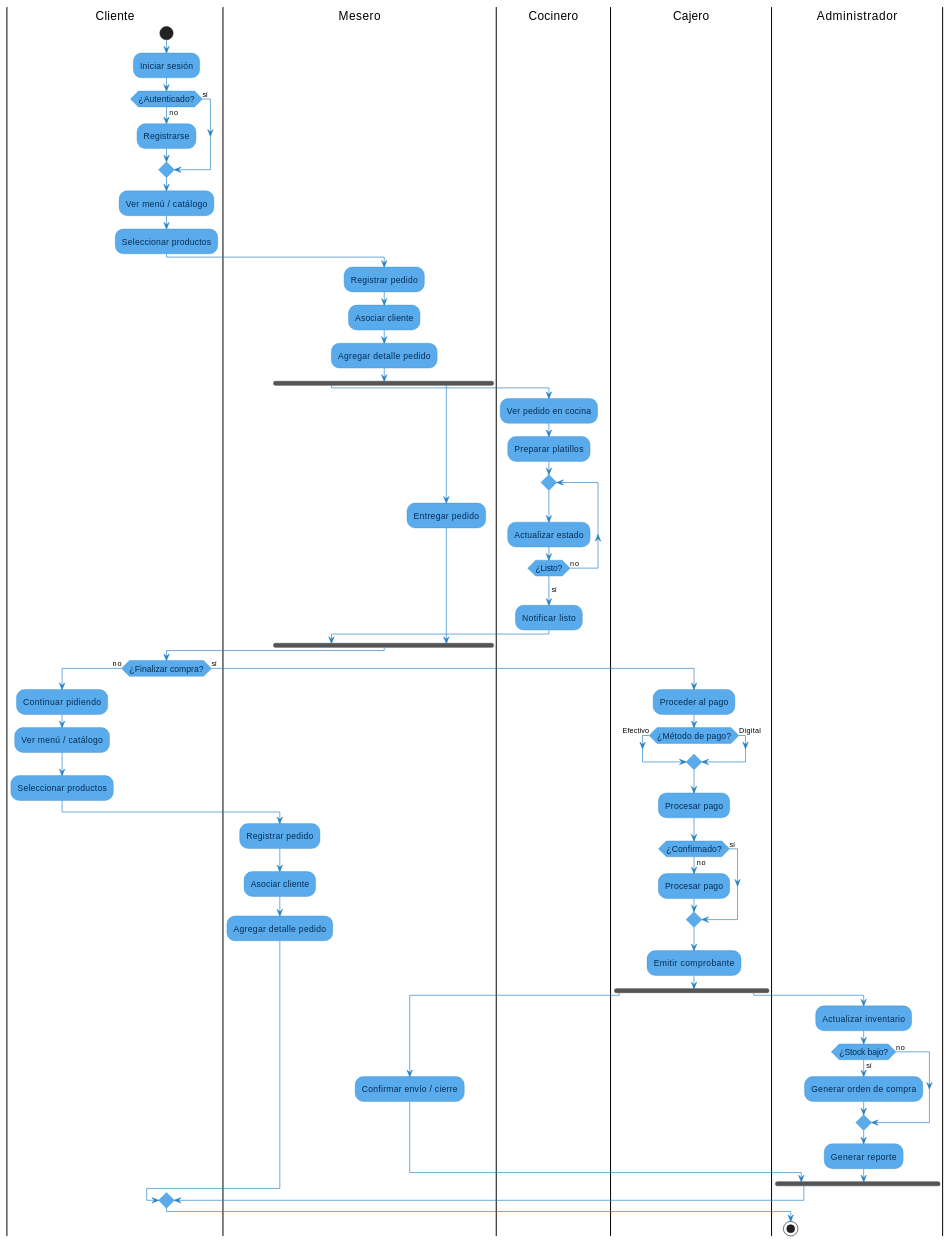
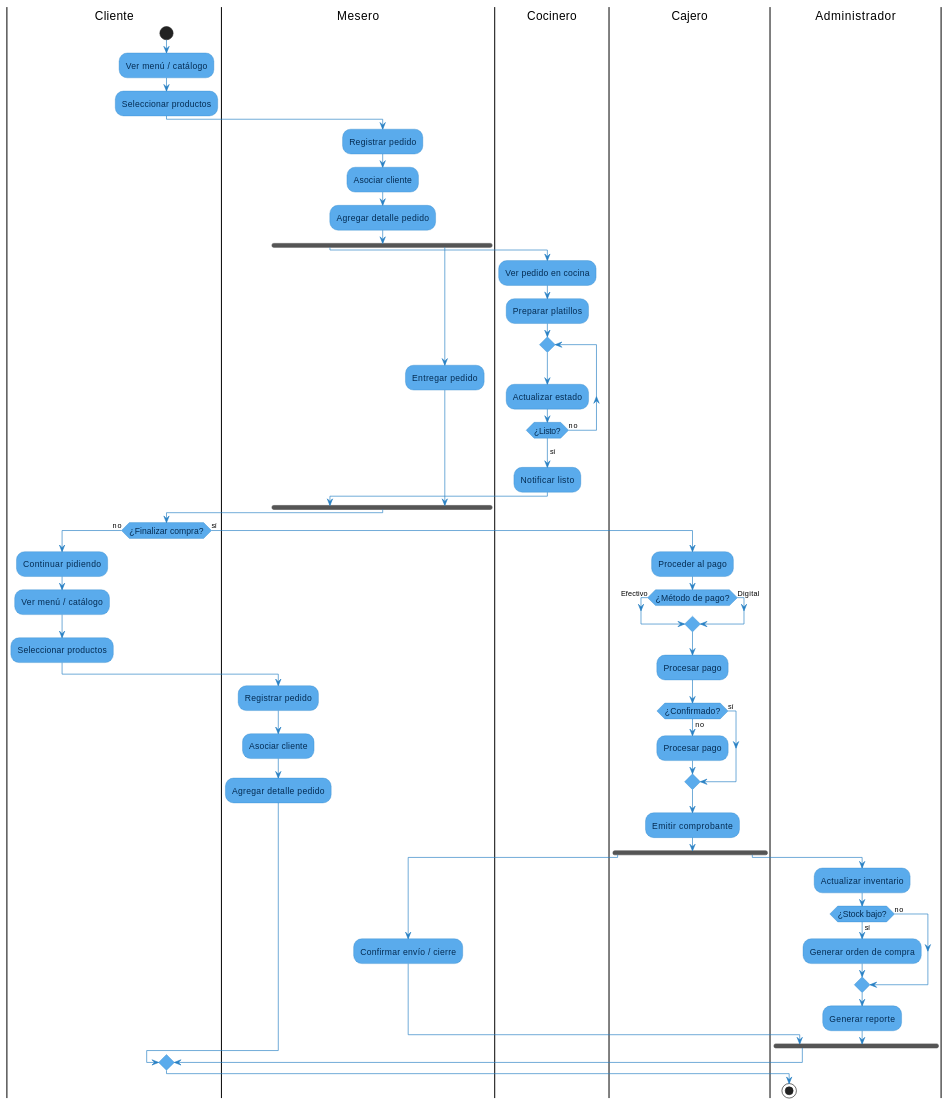
Before and after one commit to palominodev/food_tech: the diagram in arquitectura/diagrama_actividades.md, drawn with PlantUML. The commit also changed 2 other files, not shown here.

Commit message:
docs: update architectural diagrams to reflect expanded order lifecycle and flow refinements

```diff
--- a/arquitectura/diagrama_actividades.md
+++ b/arquitectura/diagrama_actividades.md
@@ -12,15 +12,6 @@
 
 |Cliente|
 start
-
-|Cliente|
-:Iniciar sesión;
-
-if (¿Autenticado?) then (no)
-  |Cliente|
-  :Registrarse;
-else (sí)
-endif
 
 |Cliente|
 :Ver menú / catálogo;
```
